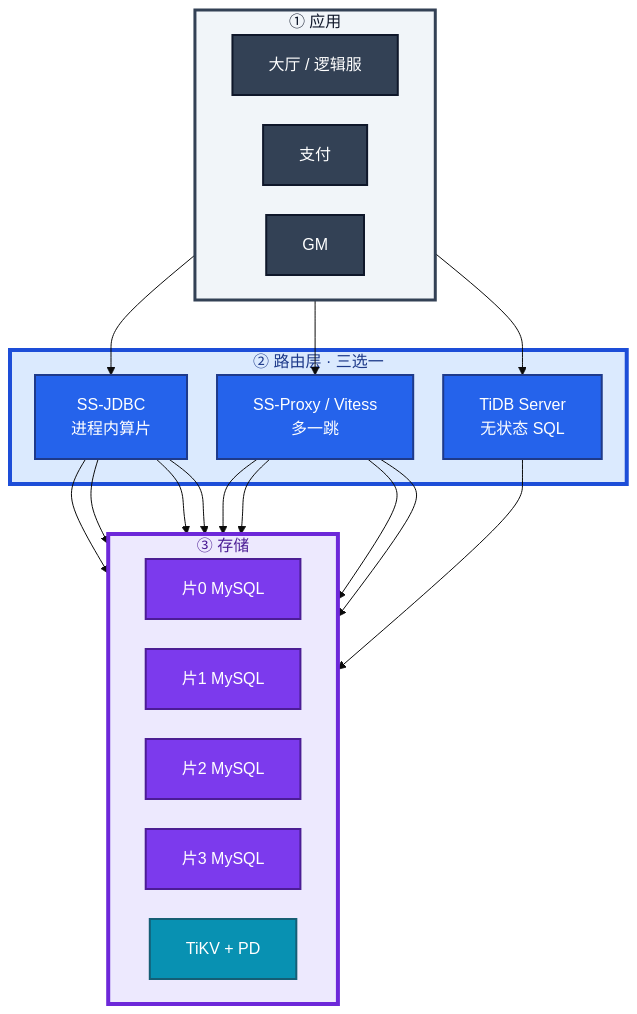
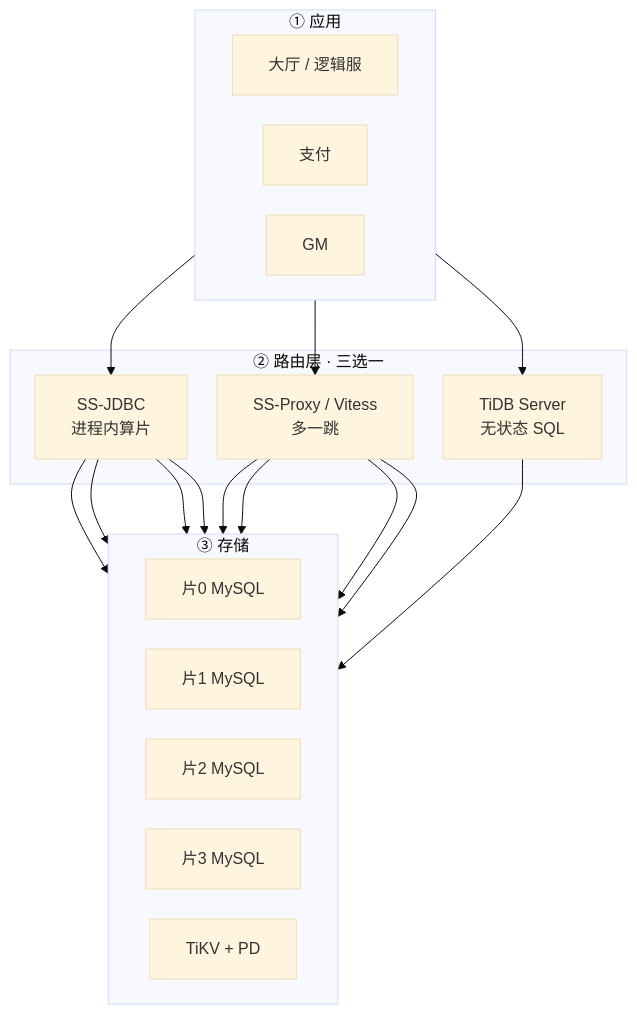
One commit to ml-cuizijun/LearnToLilith changed the second of 6 diagrams in 02-中间件与数据库/07-分库分表与中间件/知识点.md. Above: the diagram before and after it, drawn with Mermaid. The commit also changed other lines of this file and 470 other files, not shown here.

````diff
--- a/02-中间件与数据库/07-分库分表与中间件/知识点.md
+++ b/02-中间件与数据库/07-分库分表与中间件/知识点.md
@@ -88,51 +88,44 @@
 ```mermaid
 %%{init: {"flowchart": {"padding": 18, "nodeSpacing": 30, "rankSpacing": 50}, "theme": "base"}}%%
 flowchart TB
     subgraph app ["① 应用"]
         direction LR
         hall[大厅 / 逻辑服]
         pay[支付]
         gm[GM]
     end
 
     subgraph mw ["② 路由层 · 三选一"]
         jdbc["SS-JDBC<br/>进程内算片"]
         proxy["SS-Proxy / Vitess<br/>多一跳"]
         tidb["TiDB Server<br/>无状态 SQL"]
     end
 
     subgraph store ["③ 存储"]
         direction LR
         s0["片0 MySQL"]
         s1["片1 MySQL"]
         s2["片2 MySQL"]
         s3["片3 MySQL"]
         tikv["TiKV + PD"]
     end
 
     hall --> jdbc
     pay --> proxy
     gm --> tidb
     jdbc --> s0
     jdbc --> s1
     jdbc --> s2
     jdbc --> s3
     proxy --> s0
     proxy --> s1
     proxy --> s2
     proxy --> s3
     tidb --> tikv
 
-    classDef client fill:#334155,stroke:#0F172A,stroke-width:2px,color:#fff
-    classDef mwC fill:#2563EB,stroke:#1E3A8A,stroke-width:2px,color:#fff
-    classDef shard fill:#7C3AED,stroke:#4C1D95,stroke-width:2px,color:#fff
-    classDef dist fill:#0891B2,stroke:#155E75,stroke-width:2px,color:#fff
     class hall,pay,gm client
     class jdbc,proxy,tidb mwC
     class s0,s1,s2,s3 shard
     class tikv dist
 
-    style app fill:#F1F5F9,stroke:#334155,stroke-width:3px,color:#0F172A
-    style mw fill:#DBEAFE,stroke:#1D4ED8,stroke-width:4px,color:#1E3A8A
-    style store fill:#EDE9FE,stroke:#6D28D9,stroke-width:4px,color:#4C1D95
 ```
````
